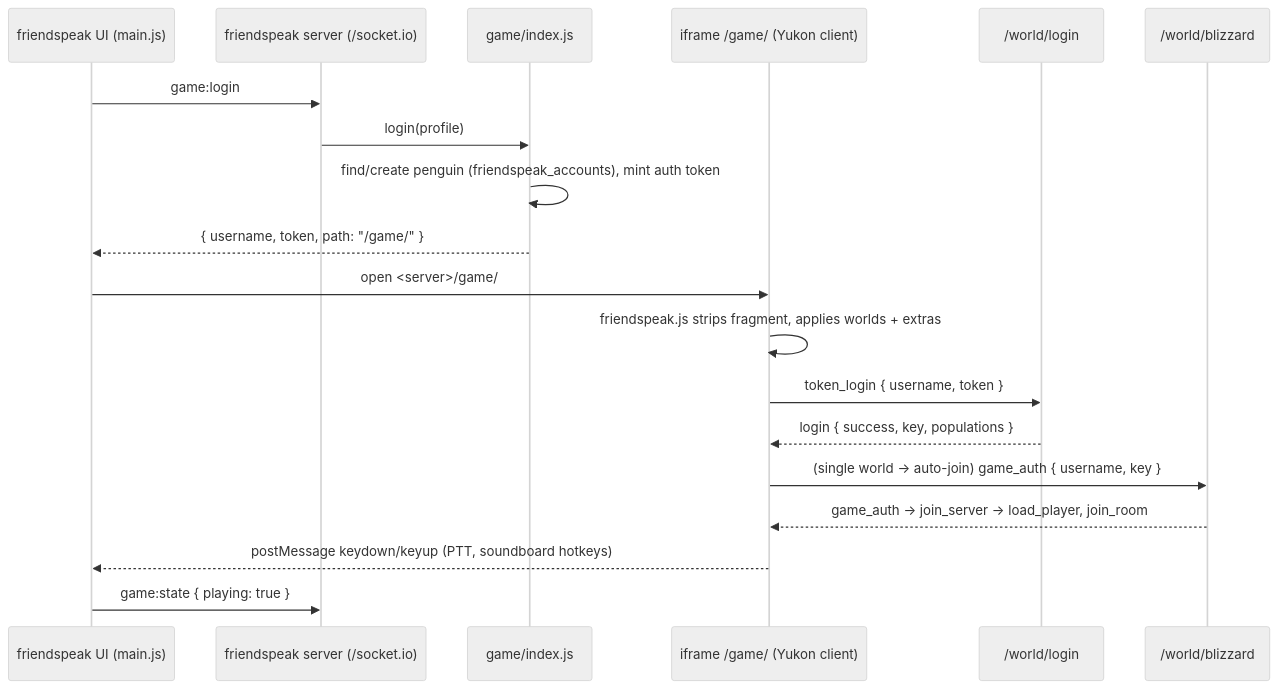
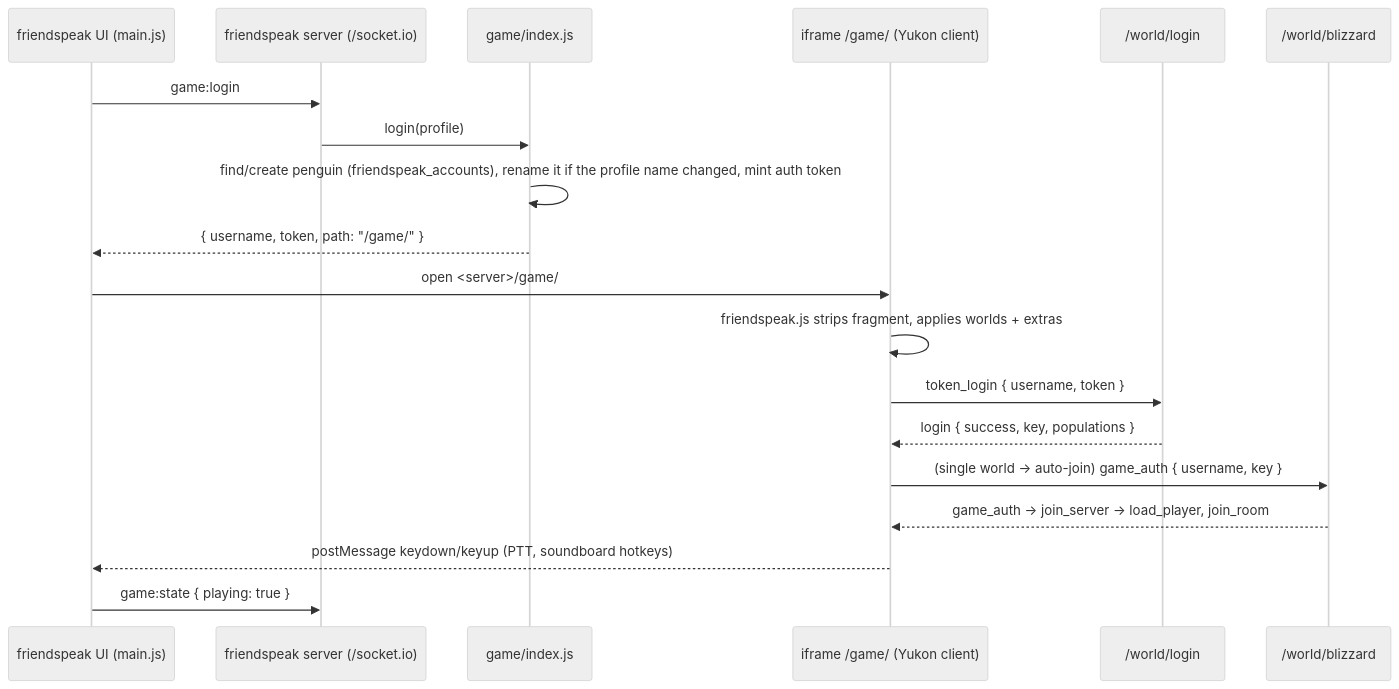
The diagram in docs/GAME.md (nickolaiposs/friendspeak), drawn with Mermaid (neutral theme) before and after one commit. The commit also changed other lines of this file and 4 other files, not shown here.

First line of the commit message:
Rename the penguin when the friendspeak profile name changes

````diff
--- a/docs/GAME.md
+++ b/docs/GAME.md
@@ -20,22 +20,22 @@
 ```mermaid
 sequenceDiagram
   participant App as friendspeak UI (main.js)
   participant FS as friendspeak server (/socket.io)
   participant G as game/index.js
   participant F as iframe /game/ (Yukon client)
   participant L as /world/login
   participant W as /world/blizzard
 
   App->>FS: game:login
   FS->>G: login(profile)
-  G->>G: find/create penguin (friendspeak_accounts), mint auth token
+  G->>G: find/create penguin (friendspeak_accounts), rename it if the profile name changed, mint auth token
   G-->>App: { username, token, path: "/game/" }
   App->>F: open <server>/game/#u=<name>&t=<selector:validator>
   F->>F: friendspeak.js strips fragment, applies worlds + extras
   F->>L: token_login { username, token }
   L-->>F: login { success, key, populations }
   F->>W: (single world → auto-join) game_auth { username, key }
   W-->>F: game_auth → join_server → load_player, join_room
   F-->>App: postMessage keydown/keyup (PTT, soundboard hotkeys)
   App->>FS: game:state { playing: true }
 ```
````
